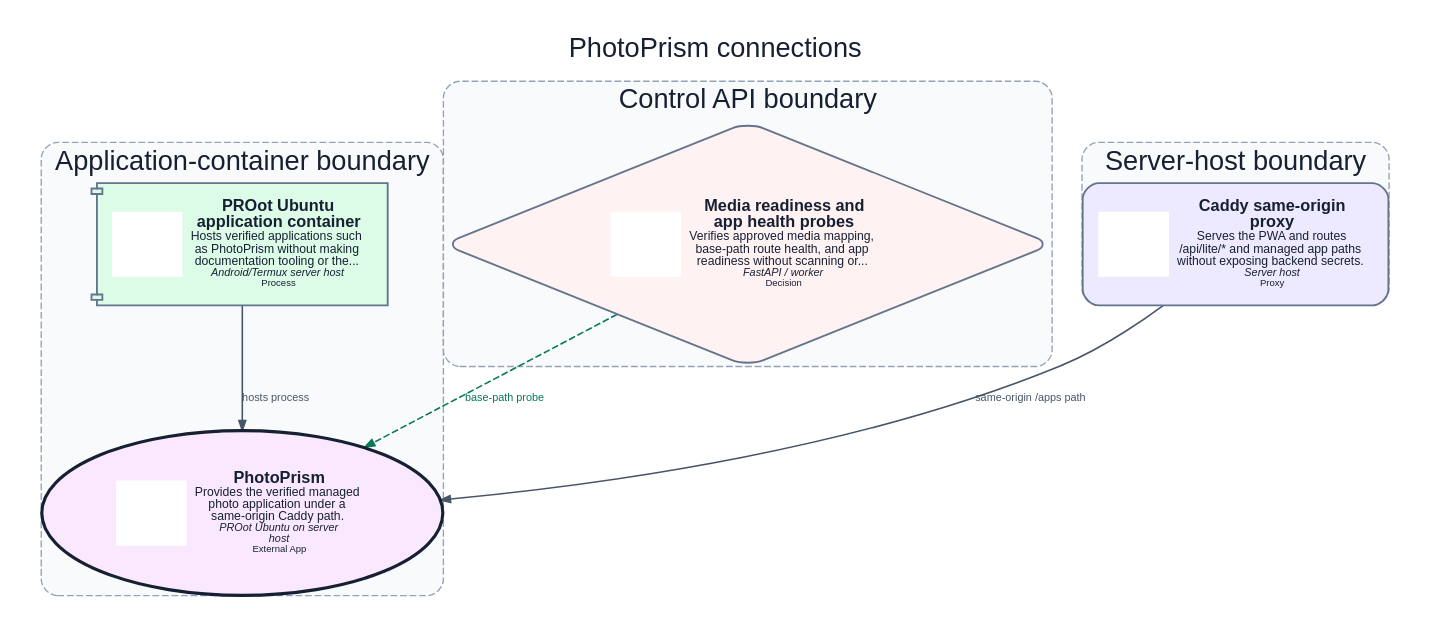
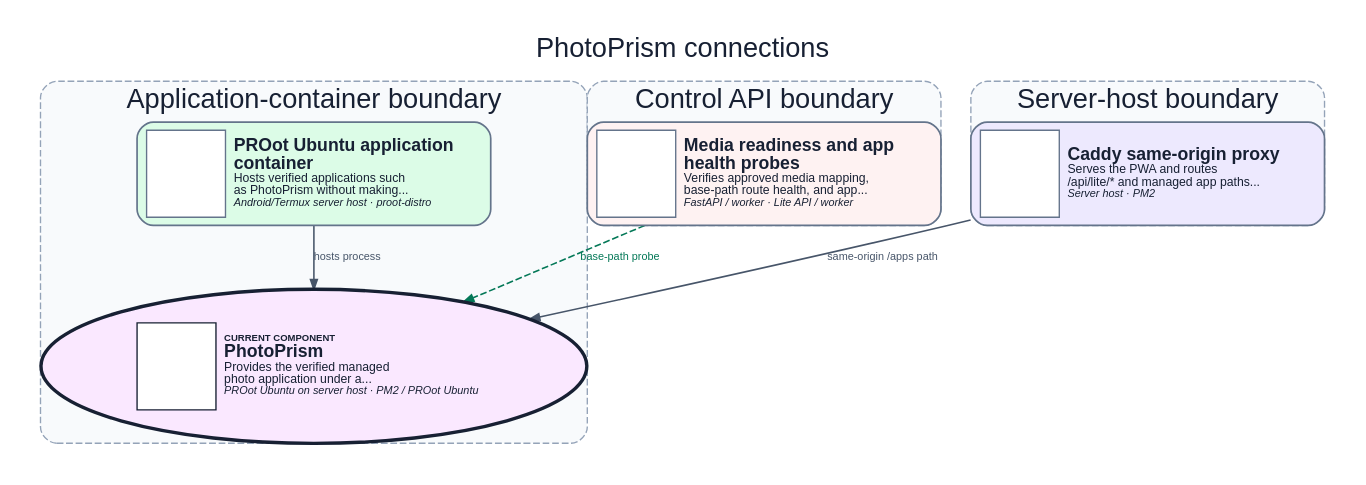
The diagram in docs/assets/diagrams/production/components/photoprism.light.dot (dexter-lab-ctrl/pocket-lab-lite), drawn with Graphviz before and after one commit. The commit also changed 353 other files, not shown here.

Commit message:
docs: polish architecture diagrams and stabilize validation (#466)

```diff
--- a/docs/assets/diagrams/production/components/photoprism.light.dot
+++ b/docs/assets/diagrams/production/components/photoprism.light.dot
@@ -1,66 +1,66 @@
 digraph component_photoprism {
   graph [
     rankdir="TB",
     splines="spline",
     compound="true",
     newrank="true",
     nodesep="0.30",
     ranksep="0.52",
     ratio="compress",
     pad="0.20",
     margin="0",
     outputorder="edgesfirst",
     bgcolor="#ffffff",
     fontcolor="#172033",
     fontname="Arial",
     label="PhotoPrism connections",
     labelloc="t",
     fontsize="20"
   ];
   node [
     fontname="Arial",
     fontsize="10",
     color="#64748b",
     fontcolor="#172033",
     margin="0.12,0.08"
   ];
   edge [
     fontname="Arial",
     fontsize="8",
     color="#64748b",
     fontcolor="#475569",
     arrowsize="0.72",
     penwidth="1.15"
   ];
   subgraph "cluster_application-container" {
     label="Application-container boundary";
     style="rounded,dashed,filled";
     color="#94a3b8";
     fillcolor="#f8fafc";
     fontcolor="#172033";
     penwidth="1.0";
-    "photoprism" [label=<<TABLE BORDER="0" CELLBORDER="0" CELLPADDING="4"><TR><TD FIXEDSIZE="TRUE" WIDTH="52" HEIGHT="48" BGCOLOR="#FFFFFF"> </TD><TD ALIGN="LEFT"><FONT POINT-SIZE="12"><B>PhotoPrism</B></FONT><BR/><FONT POINT-SIZE="9">Provides the verified managed<BR/>photo application under a<BR/>same-origin Caddy path.</FONT><BR/><FONT POINT-SIZE="8"><I>PROot Ubuntu on server<BR/>host</I></FONT><BR/><FONT POINT-SIZE="7.5">External App</FONT></TD></TR></TABLE>>, shape="ellipse", style="rounded,filled,bold", fillcolor="#fae8ff", color="#172033", fontcolor="#172033", penwidth="2.3", tooltip="PhotoPrism. Provides the verified managed photo application under a same-origin Caddy path.", URL="../../../../generated/production/architecture/components/photoprism/", target="_top"];
-    "proot-ubuntu" [label=<<TABLE BORDER="0" CELLBORDER="0" CELLPADDING="4"><TR><TD FIXEDSIZE="TRUE" WIDTH="52" HEIGHT="48" BGCOLOR="#FFFFFF"> </TD><TD ALIGN="LEFT"><FONT POINT-SIZE="12"><B>PROot Ubuntu<BR/>application container</B></FONT><BR/><FONT POINT-SIZE="9">Hosts verified applications such<BR/>as PhotoPrism without making<BR/>documentation tooling or the...</FONT><BR/><FONT POINT-SIZE="8"><I>Android/Termux server host</I></FONT><BR/><FONT POINT-SIZE="7.5">Process</FONT></TD></TR></TABLE>>, shape="component", style="rounded,filled", fillcolor="#dcfce7", color="#64748b", fontcolor="#172033", penwidth="1.35", tooltip="PROot Ubuntu application container. Hosts verified applications such as PhotoPrism without making documentation tooling or the browser a runtime dependency.", URL="../../../../generated/production/architecture/components/proot-ubuntu/", target="_top"];
+    "photoprism" [label=<<TABLE BORDER="0" CELLBORDER="0" CELLSPACING="0" CELLPADDING="6"><TR><TD FIXEDSIZE="TRUE" WIDTH="58" HEIGHT="64" ALIGN="CENTER" VALIGN="MIDDLE" BORDER="1" BGCOLOR="#FFFFFF" HREF="#PLICON__photoprism" TITLE="Architecture icon anchor"><FONT POINT-SIZE="1">&#160;</FONT></TD><TD WIDTH="188" ALIGN="LEFT" BALIGN="LEFT" VALIGN="MIDDLE"><FONT POINT-SIZE="7"><B>CURRENT COMPONENT</B></FONT><BR/><FONT POINT-SIZE="13"><B>PhotoPrism</B></FONT><BR/><FONT POINT-SIZE="9">Provides the verified managed<BR/>photo application under a...</FONT><BR/><FONT POINT-SIZE="8"><I>PROot Ubuntu on server host · PM2 / PROot Ubuntu</I></FONT></TD></TR></TABLE>>, shape="ellipse", style="rounded,filled,bold", fillcolor="#fae8ff", color="#172033", fontcolor="#172033", penwidth="2.5", tooltip="PhotoPrism. Provides the verified managed photo application under a same-origin Caddy path.", URL="../../../../generated/production/architecture/components/photoprism/", target="_top", margin="0.16,0.11"];
+    "proot-ubuntu" [label=<<TABLE BORDER="0" CELLBORDER="0" CELLSPACING="0" CELLPADDING="6"><TR><TD FIXEDSIZE="TRUE" WIDTH="58" HEIGHT="64" ALIGN="CENTER" VALIGN="MIDDLE" BORDER="1" BGCOLOR="#FFFFFF" HREF="#PLICON__proot-ubuntu" TITLE="Architecture icon anchor"><FONT POINT-SIZE="1">&#160;</FONT></TD><TD WIDTH="188" ALIGN="LEFT" BALIGN="LEFT" VALIGN="MIDDLE"><FONT POINT-SIZE="13"><B>PROot Ubuntu application<BR/>container</B></FONT><BR/><FONT POINT-SIZE="9">Hosts verified applications such<BR/>as PhotoPrism without making...</FONT><BR/><FONT POINT-SIZE="8"><I>Android/Termux server host · proot-distro</I></FONT></TD></TR></TABLE>>, shape="box", style="rounded,filled", fillcolor="#dcfce7", color="#64748b", fontcolor="#172033", penwidth="1.25", tooltip="PROot Ubuntu application container. Hosts verified applications such as PhotoPrism without making documentation tooling or the browser a runtime dependency.", URL="../../../../generated/production/architecture/components/proot-ubuntu/", target="_top", margin="0.10,0.08"];
   }
   subgraph "cluster_control-api" {
     label="Control API boundary";
     style="rounded,dashed,filled";
     color="#94a3b8";
     fillcolor="#f8fafc";
     fontcolor="#172033";
     penwidth="1.0";
-    "media-app-health" [label=<<TABLE BORDER="0" CELLBORDER="0" CELLPADDING="4"><TR><TD FIXEDSIZE="TRUE" WIDTH="52" HEIGHT="48" BGCOLOR="#FFFFFF"> </TD><TD ALIGN="LEFT"><FONT POINT-SIZE="12"><B>Media readiness and<BR/>app health probes</B></FONT><BR/><FONT POINT-SIZE="9">Verifies approved media mapping,<BR/>base-path route health, and app<BR/>readiness without scanning or...</FONT><BR/><FONT POINT-SIZE="8"><I>FastAPI / worker</I></FONT><BR/><FONT POINT-SIZE="7.5">Decision</FONT></TD></TR></TABLE>>, shape="diamond", style="rounded,filled", fillcolor="#fef2f2", color="#64748b", fontcolor="#172033", penwidth="1.35", tooltip="Media readiness and app health probes. Verifies approved media mapping, base-path route health, and app readiness without scanning or exposing user media in documentation.", URL="../../../../generated/production/architecture/components/media-app-health/", target="_top"];
+    "media-app-health" [label=<<TABLE BORDER="0" CELLBORDER="0" CELLSPACING="0" CELLPADDING="6"><TR><TD FIXEDSIZE="TRUE" WIDTH="58" HEIGHT="64" ALIGN="CENTER" VALIGN="MIDDLE" BORDER="1" BGCOLOR="#FFFFFF" HREF="#PLICON__media-app-health" TITLE="Architecture icon anchor"><FONT POINT-SIZE="1">&#160;</FONT></TD><TD WIDTH="188" ALIGN="LEFT" BALIGN="LEFT" VALIGN="MIDDLE"><FONT POINT-SIZE="13"><B>Media readiness and app<BR/>health probes</B></FONT><BR/><FONT POINT-SIZE="9">Verifies approved media mapping,<BR/>base-path route health, and app...</FONT><BR/><FONT POINT-SIZE="8"><I>FastAPI / worker · Lite API / worker</I></FONT></TD></TR></TABLE>>, shape="box", style="rounded,filled", fillcolor="#fef2f2", color="#64748b", fontcolor="#172033", penwidth="1.25", tooltip="Media readiness and app health probes. Verifies approved media mapping, base-path route health, and app readiness without scanning or exposing user media in documentation.", URL="../../../../generated/production/architecture/components/media-app-health/", target="_top", margin="0.10,0.08"];
   }
   subgraph "cluster_server-host" {
     label="Server-host boundary";
     style="rounded,dashed,filled";
     color="#94a3b8";
     fillcolor="#f8fafc";
     fontcolor="#172033";
     penwidth="1.0";
-    "caddy" [label=<<TABLE BORDER="0" CELLBORDER="0" CELLPADDING="4"><TR><TD FIXEDSIZE="TRUE" WIDTH="52" HEIGHT="48" BGCOLOR="#FFFFFF"> </TD><TD ALIGN="LEFT"><FONT POINT-SIZE="12"><B>Caddy same-origin<BR/>proxy</B></FONT><BR/><FONT POINT-SIZE="9">Serves the PWA and routes<BR/>/api/lite/* and managed app paths<BR/>without exposing backend secrets.</FONT><BR/><FONT POINT-SIZE="8"><I>Server host</I></FONT><BR/><FONT POINT-SIZE="7.5">Proxy</FONT></TD></TR></TABLE>>, shape="box", style="rounded,filled", fillcolor="#ede9fe", color="#64748b", fontcolor="#172033", penwidth="1.35", tooltip="Caddy same-origin proxy. Serves the PWA and routes /api/lite/* and managed app paths without exposing backend secrets.", URL="../../../../generated/production/architecture/components/caddy/", target="_top"];
+    "caddy" [label=<<TABLE BORDER="0" CELLBORDER="0" CELLSPACING="0" CELLPADDING="6"><TR><TD FIXEDSIZE="TRUE" WIDTH="58" HEIGHT="64" ALIGN="CENTER" VALIGN="MIDDLE" BORDER="1" BGCOLOR="#FFFFFF" HREF="#PLICON__caddy" TITLE="Architecture icon anchor"><FONT POINT-SIZE="1">&#160;</FONT></TD><TD WIDTH="188" ALIGN="LEFT" BALIGN="LEFT" VALIGN="MIDDLE"><FONT POINT-SIZE="13"><B>Caddy same-origin proxy</B></FONT><BR/><FONT POINT-SIZE="9">Serves the PWA and routes<BR/>/api/lite/* and managed app paths...</FONT><BR/><FONT POINT-SIZE="8"><I>Server host · PM2</I></FONT></TD></TR></TABLE>>, shape="box", style="rounded,filled", fillcolor="#ede9fe", color="#64748b", fontcolor="#172033", penwidth="1.25", tooltip="Caddy same-origin proxy. Serves the PWA and routes /api/lite/* and managed app paths without exposing backend secrets.", URL="../../../../generated/production/architecture/components/caddy/", target="_top", margin="0.10,0.08"];
   }
   "media-app-health" -> "photoprism" [label="base-path probe", tooltip="base-path probe (HTTP)", style="dashed", arrowhead="normal", color="#047857", fontcolor="#047857", penwidth="1.15", arrowsize="0.72"];
   "caddy" -> "photoprism" [label="same-origin /apps path", tooltip="same-origin /apps path (HTTP)", style="solid", arrowhead="normal", color="#475569", fontcolor="#475569", penwidth="1.15", arrowsize="0.72"];
   "proot-ubuntu" -> "photoprism" [label="hosts process", tooltip="hosts process (Local process)", style="solid", arrowhead="normal", color="#475569", fontcolor="#475569", penwidth="1.15", arrowsize="0.72"];
 }
```
